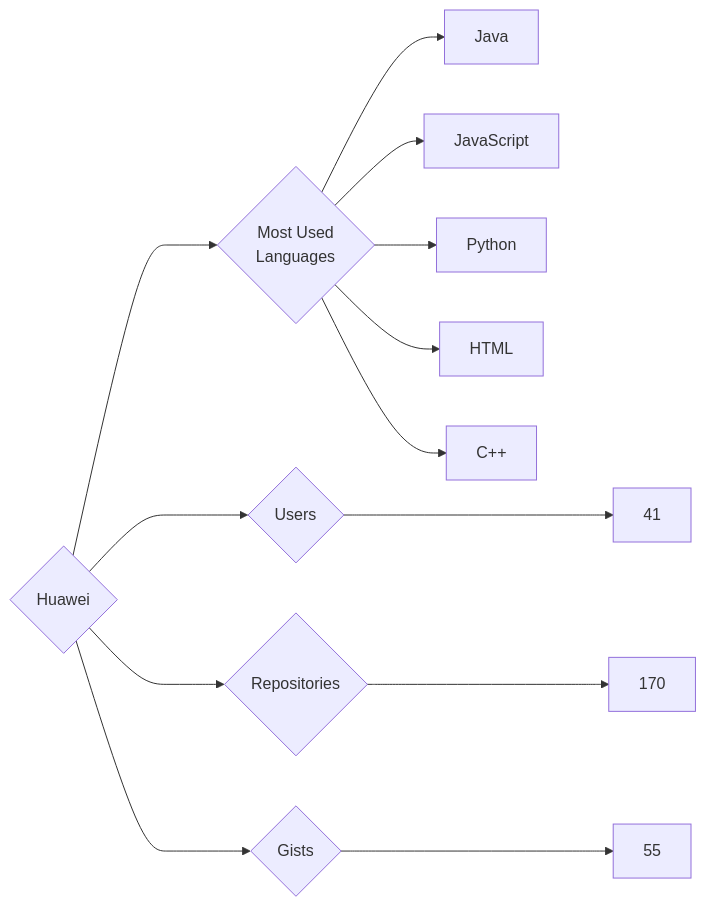
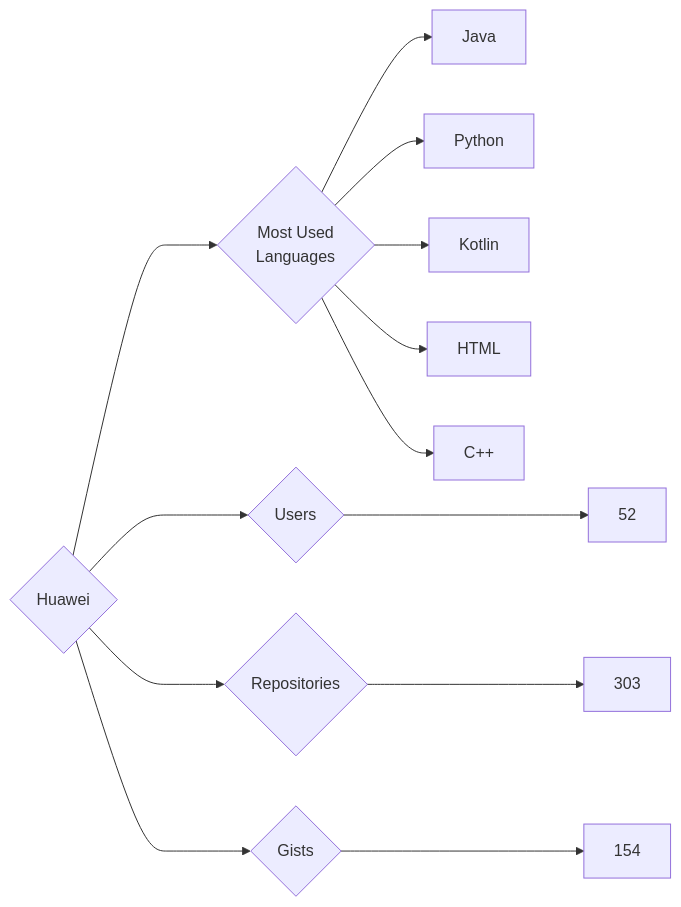
Before and after one commit to trickest/insiders: the diagram in targets/Huawei/README.md, drawn with Mermaid. The commit also changed 775 other files, not shown here.

````diff
--- a/targets/Huawei/README.md
+++ b/targets/Huawei/README.md
@@ -3,13 +3,13 @@
 ```mermaid
 graph LR
 COMPANY_NAME{Huawei}
-COMPANY_NAME ---> U{Users} ---> UN[41]
-COMPANY_NAME ---> R{Repositories} ---> RN[170]
-COMPANY_NAME ---> G{Gists} ---> GN[55]
+COMPANY_NAME ---> U{Users} ---> UN[52]
+COMPANY_NAME ---> R{Repositories} ---> RN[303]
+COMPANY_NAME ---> G{Gists} ---> GN[154]
 COMPANY_NAME ---> ML{Most Used<br>Languages}
 ML --> Java[Java]
-ML --> JavaScript[JavaScript]
 ML --> Python[Python]
+ML --> Kotlin[Kotlin]
 ML --> HTML[HTML]
 ML --> C++[C++]
 ```
````
